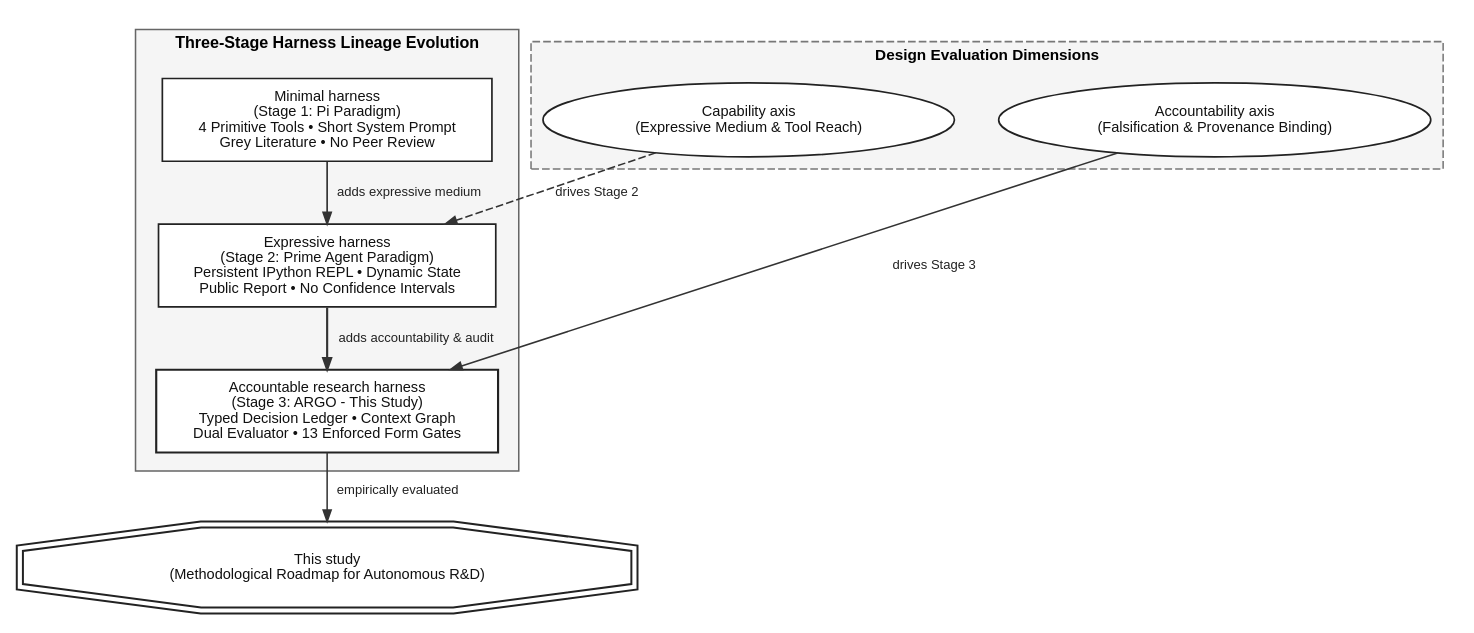
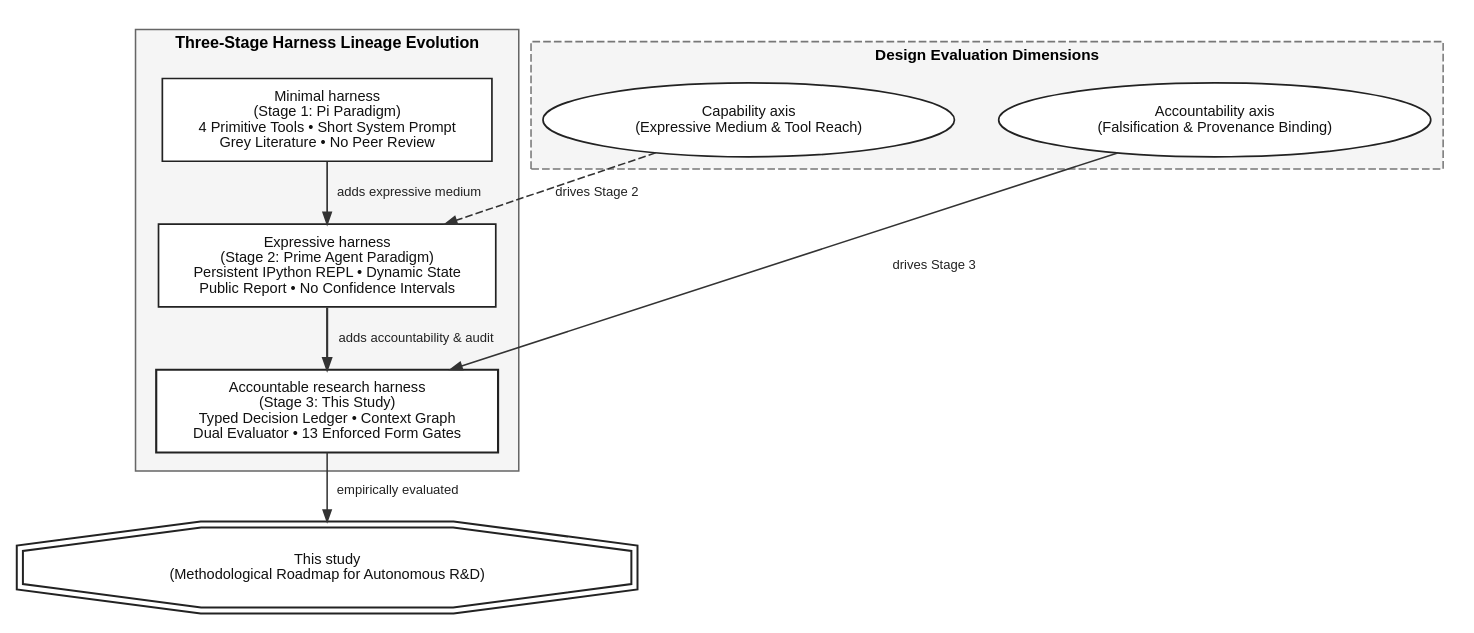
One commit to umyunsang/argo changed the diagram in paper/figures/rendered/fig-09.dot. Above: the diagram before and after it, drawn with Graphviz. The commit also changed 10 other files, not shown here.

```diff
--- a/paper/figures/rendered/fig-09.dot
+++ b/paper/figures/rendered/fig-09.dot
@@ -1,83 +1,83 @@
 digraph HarnessLineage {
   compound=true;
   rankdir=TB;
   bgcolor=white;
   nodesep=0.40;
   ranksep=0.45;
 
   node [
     shape=box,
     style="filled,solid",
     fillcolor="#FFFFFF",
     color="#222222",
     fontcolor="#111111",
     fontname="Helvetica",
     fontsize=9.5,
     penwidth=1.1,
     margin="0.16,0.10"
   ];
 
   edge [
     color="#333333",
     fontcolor="#222222",
     fontname="Helvetica",
     fontsize=8.5,
     arrowhead=normal,
     arrowsize=0.75,
     penwidth=1.0
   ];
 
   subgraph cluster_stages {
     label="Three-Stage Harness Lineage Evolution";
     fontname="Helvetica-Bold";
     fontsize=10.5;
     color="#666666";
     fillcolor="#F5F5F5";
     style="filled,solid";
     margin=12;
 
     stage1 [
       label="Minimal harness\n(Stage 1: Pi Paradigm)\n4 Primitive Tools • Short System Prompt\nGrey Literature • No Peer Review",
       shape=box
     ];
 
     stage2 [
       label="Expressive harness\n(Stage 2: Prime Agent Paradigm)\nPersistent IPython REPL • Dynamic State\nPublic Report • No Confidence Intervals",
       shape=box
     ];
 
     stage3 [
-      label="Accountable research harness\n(Stage 3: ARGO - This Study)\nTyped Decision Ledger • Context Graph\nDual Evaluator • 13 Enforced Form Gates",
+      label="Accountable research harness\n(Stage 3: This Study)\nTyped Decision Ledger • Context Graph\nDual Evaluator • 13 Enforced Form Gates",
       shape=box,
       style="filled,bold",
       penwidth=1.4
     ];
 
     stage1 -> stage2 [label="adds expressive medium", penwidth=1.1];
     stage2 -> stage3 [label="adds accountability & audit", penwidth=1.4];
   }
 
   subgraph cluster_axes {
     label="Design Evaluation Dimensions";
     fontname="Helvetica-Bold";
     fontsize=10.0;
     color="#777777";
     fillcolor="#F5F5F5";
     style="filled,dashed";
     margin=8;
 
     cap_axis [label="Capability axis\n(Expressive Medium & Tool Reach)", shape=ellipse];
     acc_axis [label="Accountability axis\n(Falsification & Provenance Binding)", shape=ellipse];
   }
 
   cap_axis -> stage2 [style=dashed, label="drives Stage 2"];
   acc_axis -> stage3 [style=bold, label="drives Stage 3"];
 
   this_study [
     label="This study\n(Methodological Roadmap for Autonomous R&D)",
     shape=doubleoctagon,
     penwidth=1.3
   ];
 
   stage3 -> this_study [label="empirically evaluated"];
 }
```
